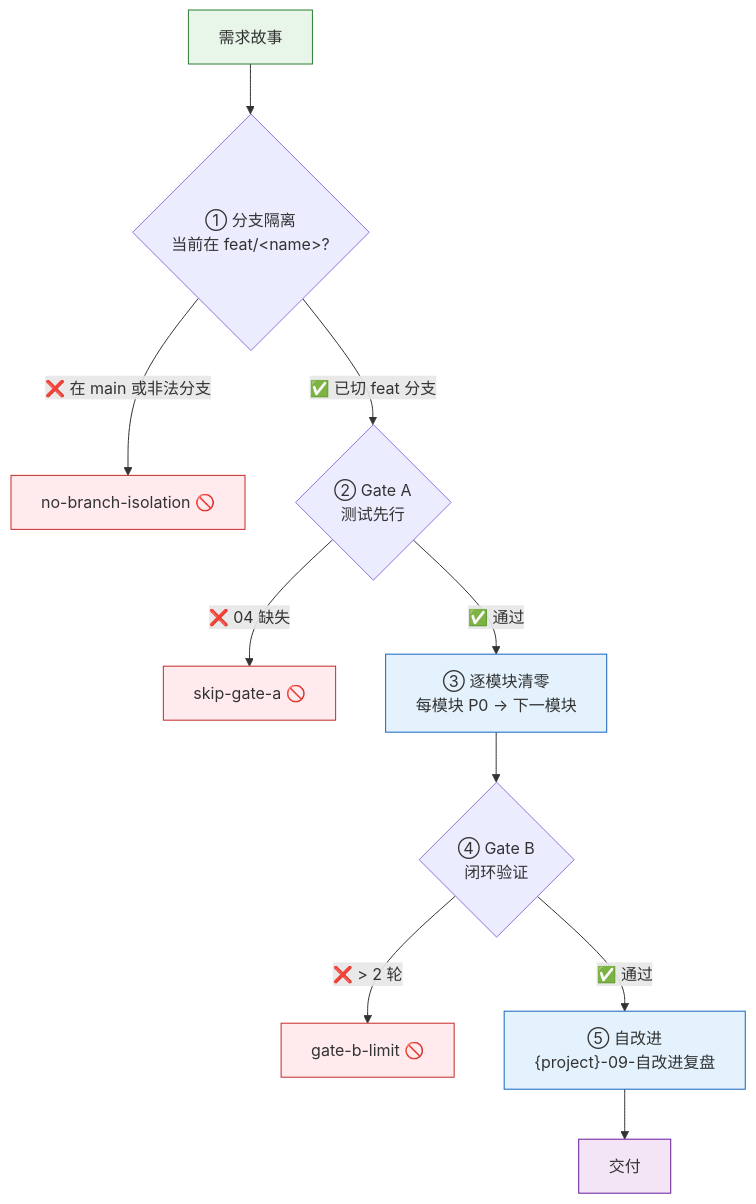
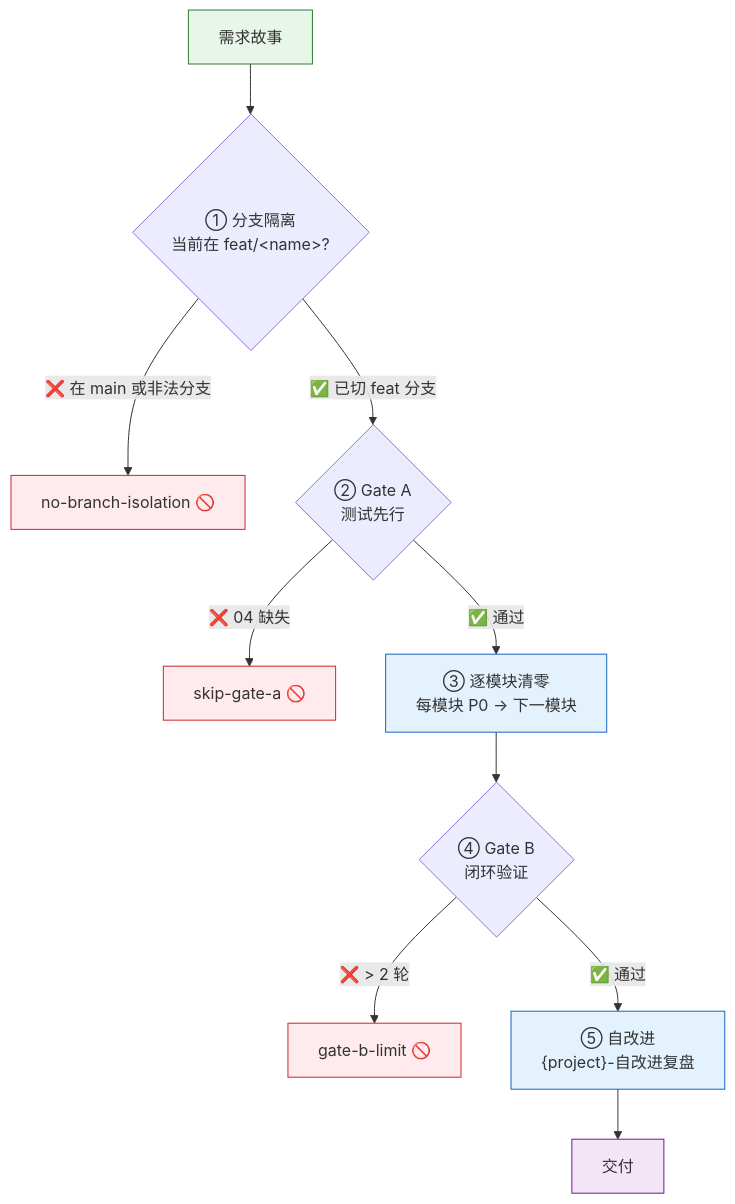
Before and after one commit to effiy/YrY: the first of 10 diagrams in rules/code-pipeline.md, drawn with Mermaid. The commit also changed other lines of this file and 90 other files, not shown here.

````diff
--- a/rules/code-pipeline.md
+++ b/rules/code-pipeline.md
@@ -35,17 +35,17 @@
 ```mermaid
 flowchart TB
     REQ["需求故事"]:::src --> BR{"① 分支隔离<br/>当前在 feat/&lt;name&gt;?"}
     BR -->|"❌ 在 main 或非法分支"| X0["no-branch-isolation 🚫"]:::block
     BR -->|"✅ 已切 feat 分支"| GA{"② Gate A<br/>测试先行"}
     GA -->|"❌ 04 缺失"| X1["skip-gate-a 🚫"]:::block
     GA -->|"✅ 通过"| MOD["③ 逐模块清零<br/>每模块 P0 → 下一模块"]:::phase
     MOD --> GB{"④ Gate B<br/>闭环验证"}
     GB -->|"❌ > 2 轮"| X2["gate-b-limit 🚫"]:::block
-    GB -->|"✅ 通过"| SI["⑤ 自改进<br/>{project}-09-自改进复盘"]:::phase
+    GB -->|"✅ 通过"| SI["⑤ 自改进<br/>{project}-自改进复盘"]:::phase
     SI --> DONE["交付"]:::done
 
     classDef src fill:#e8f5e9,stroke:#2e7d32;
     classDef phase fill:#e3f2fd,stroke:#1565c0;
     classDef block fill:#ffebee,stroke:#c62828;
     classDef done fill:#f3e5f5,stroke:#6a1b9a;
 ```
````
